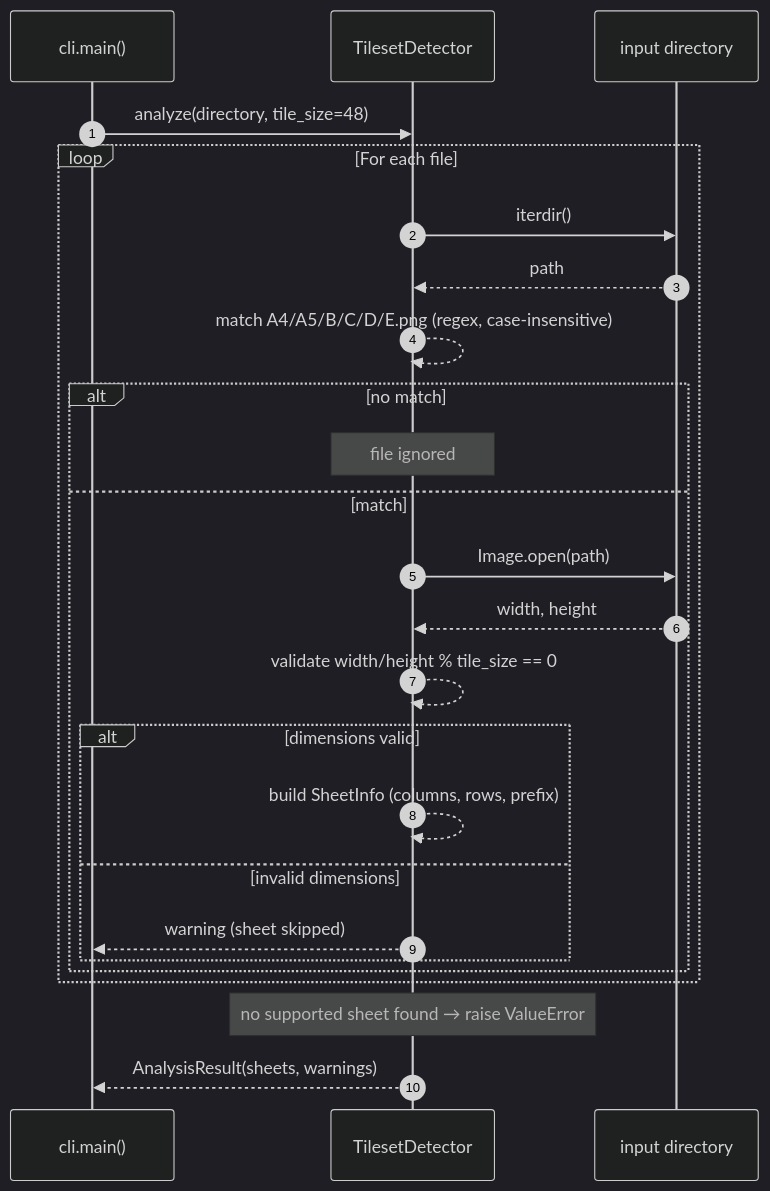
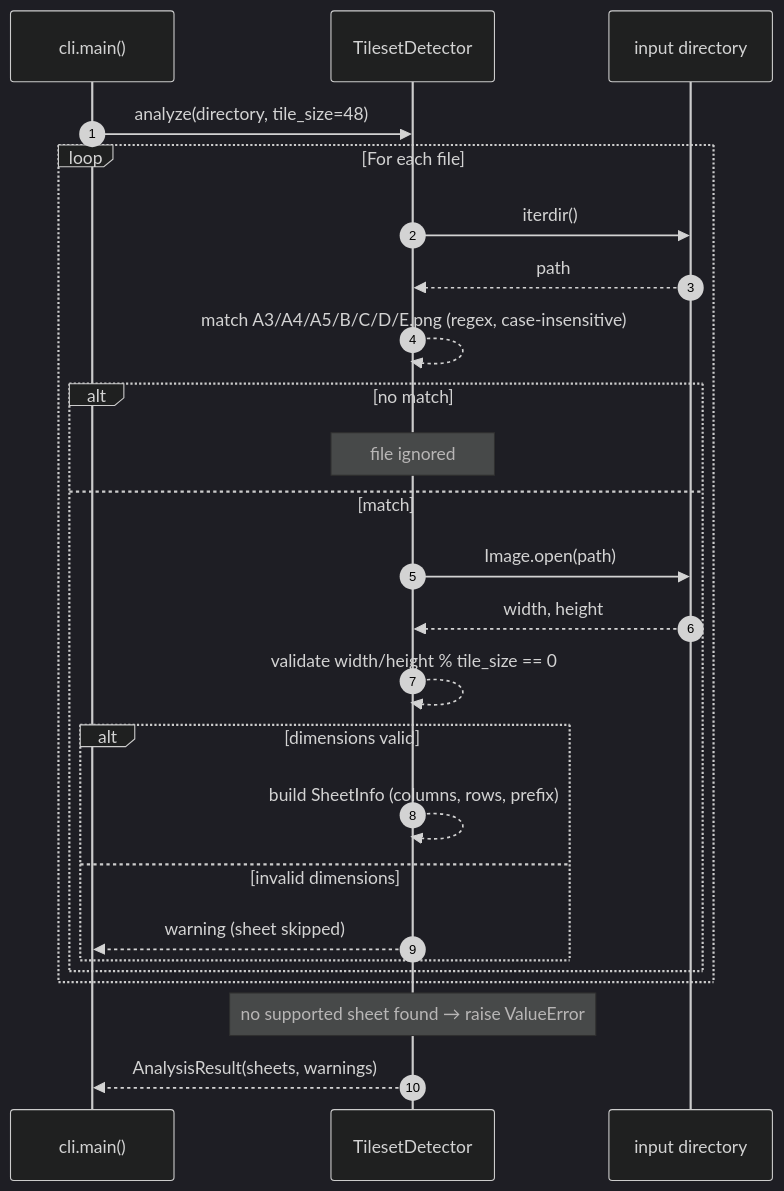
Before and after one commit to ultra-sonic-28/rpgmaker2godot: the second of 4 diagrams in README.md, drawn with Mermaid (dark theme). The commit also changed other lines of this file and 22 other files, not shown here.

````diff
--- a/README.md
+++ b/README.md
@@ -416,28 +447,28 @@
 ```mermaid
 sequenceDiagram
     autonumber
     participant CLI as cli.main()
     participant D as TilesetDetector
     participant FS as input directory
 
     CLI->>D: analyze(directory, tile_size=48)
     loop For each file
         D->>FS: iterdir()
         FS-->>D: path
-        D-->>D: match A4/A5/B/C/D/E.png (regex, case-insensitive)
+        D-->>D: match A3/A4/A5/B/C/D/E.png (regex, case-insensitive)
         alt no match
             Note over D: file ignored
         else match
             D->>FS: Image.open(path)
             FS-->>D: width, height
             D-->>D: validate width/height % tile_size == 0
             alt dimensions valid
                 D-->>D: build SheetInfo (columns, rows, prefix)
             else invalid dimensions
                 D-->>CLI: warning (sheet skipped)
             end
         end
     end
     Note over D: no supported sheet found → raise ValueError
     D-->>CLI: AnalysisResult(sheets, warnings)
 ```
````
